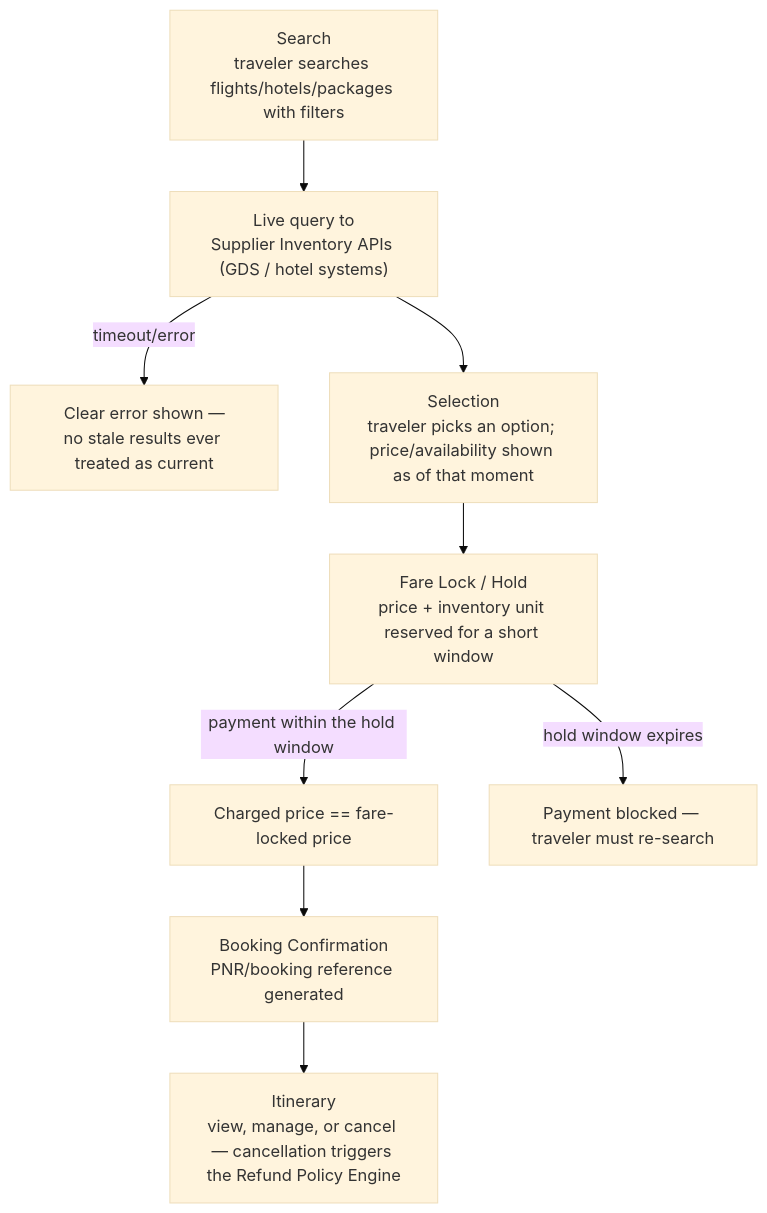
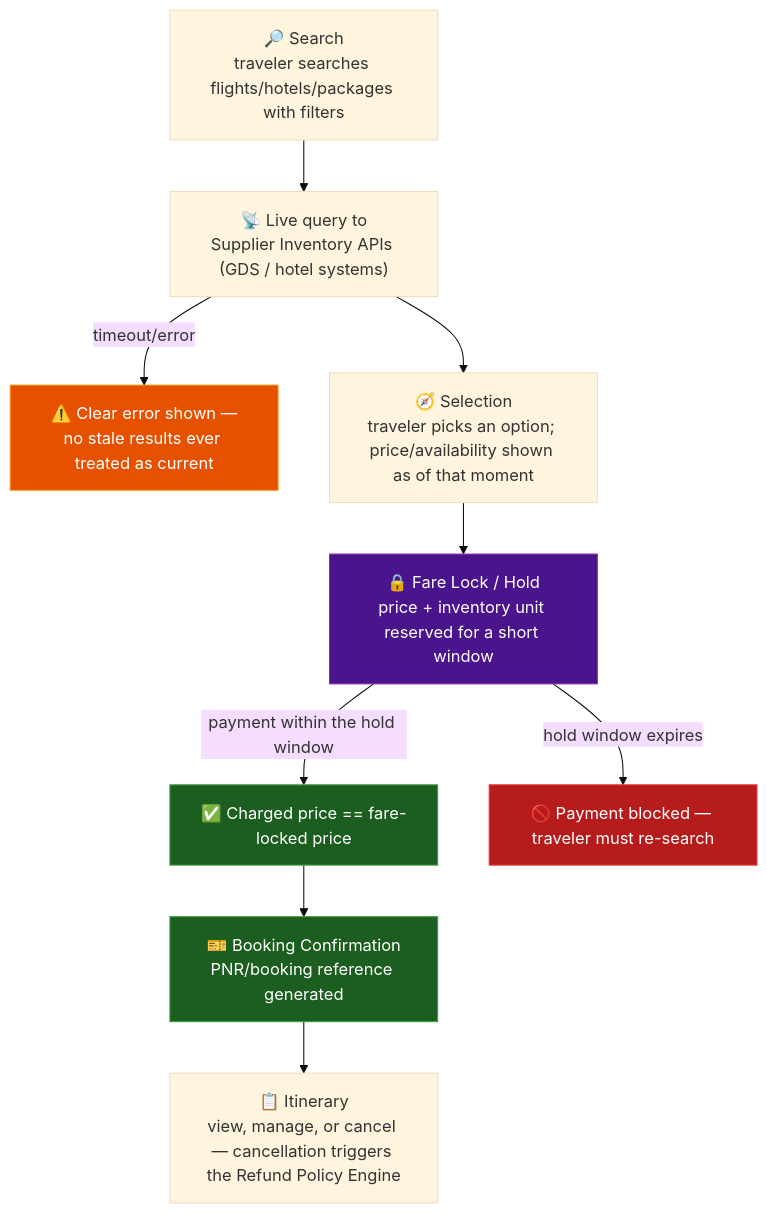
The diagram in README.md (ghanendra-sdet/travel-marketplace-platform), drawn with Mermaid (base theme) before and after one commit. The commit also changed other lines of this file, not shown here.

Commit message:
docs: refresh root README with richer diagrams and clearer prose

````diff
--- a/README.md
+++ b/README.md
@@ -127,11 +125,20 @@
 ```mermaid
 flowchart TD
-    A["Search<br/>traveler searches flights/hotels/packages with filters"] --> B["Live query to<br/>Supplier Inventory APIs (GDS / hotel systems)"]
-    B -->|timeout/error| B1["Clear error shown —<br/>no stale results ever treated as current"]
-    B --> C["Selection<br/>traveler picks an option; price/availability shown as of that moment"]
-    C --> D["Fare Lock / Hold<br/>price + inventory unit reserved for a short window"]
-    D -->|payment within the hold window| E["Charged price == fare-locked price"]
-    D -->|hold window expires| F["Payment blocked — traveler must re-search"]
-    E --> G["Booking Confirmation<br/>PNR/booking reference generated"]
-    G --> H["Itinerary<br/>view, manage, or cancel — cancellation triggers the Refund Policy Engine"]
+    A["🔎 Search<br/>traveler searches flights/hotels/packages with filters"] --> B["📡 Live query to<br/>Supplier Inventory APIs (GDS / hotel systems)"]
+    B -->|timeout/error| B1["⚠️ Clear error shown —<br/>no stale results ever treated as current"]
+    B --> C["🧭 Selection<br/>traveler picks an option; price/availability shown as of that moment"]
+    C --> D["🔒 Fare Lock / Hold<br/>price + inventory unit reserved for a short window"]
+    D -->|payment within the hold window| E["✅ Charged price == fare-locked price"]
+    D -->|hold window expires| F["🚫 Payment blocked — traveler must re-search"]
+    E --> G["🎫 Booking Confirmation<br/>PNR/booking reference generated"]
+    G --> H["📋 Itinerary<br/>view, manage, or cancel — cancellation triggers the Refund Policy Engine"]
+
+    classDef warn fill:#e65100,stroke:#fb8c00,color:#fff
+    classDef good fill:#1b5e20,stroke:#43a047,color:#fff
+    classDef bad fill:#b71c1c,stroke:#e53935,color:#fff
+    classDef lock fill:#4a148c,stroke:#8e24aa,color:#fff
+    class B1 warn
+    class E,G good
+    class F bad
+    class D lock
 ```
````
